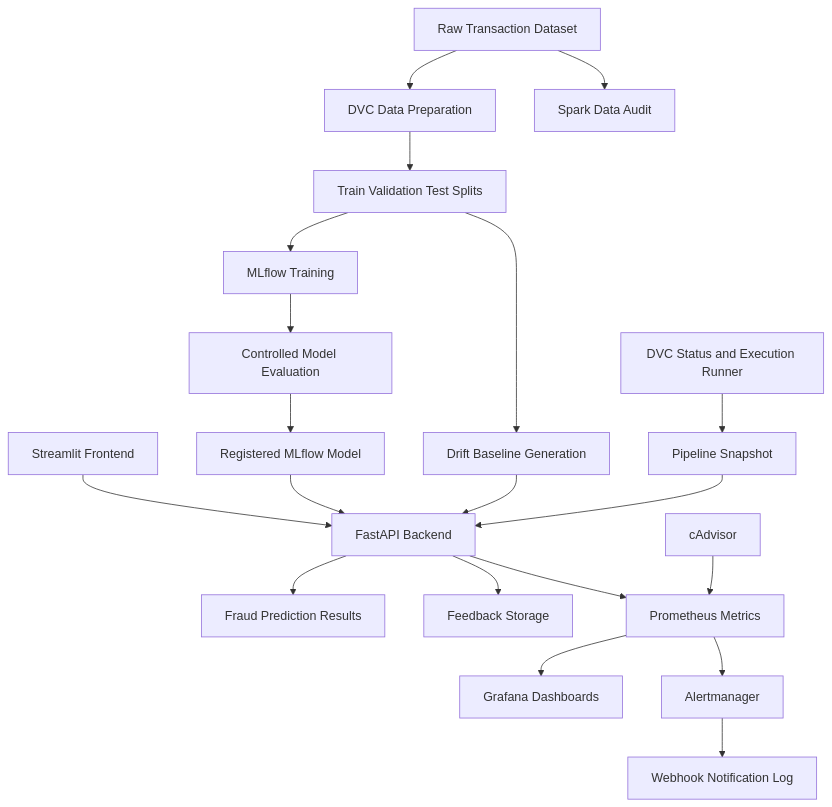
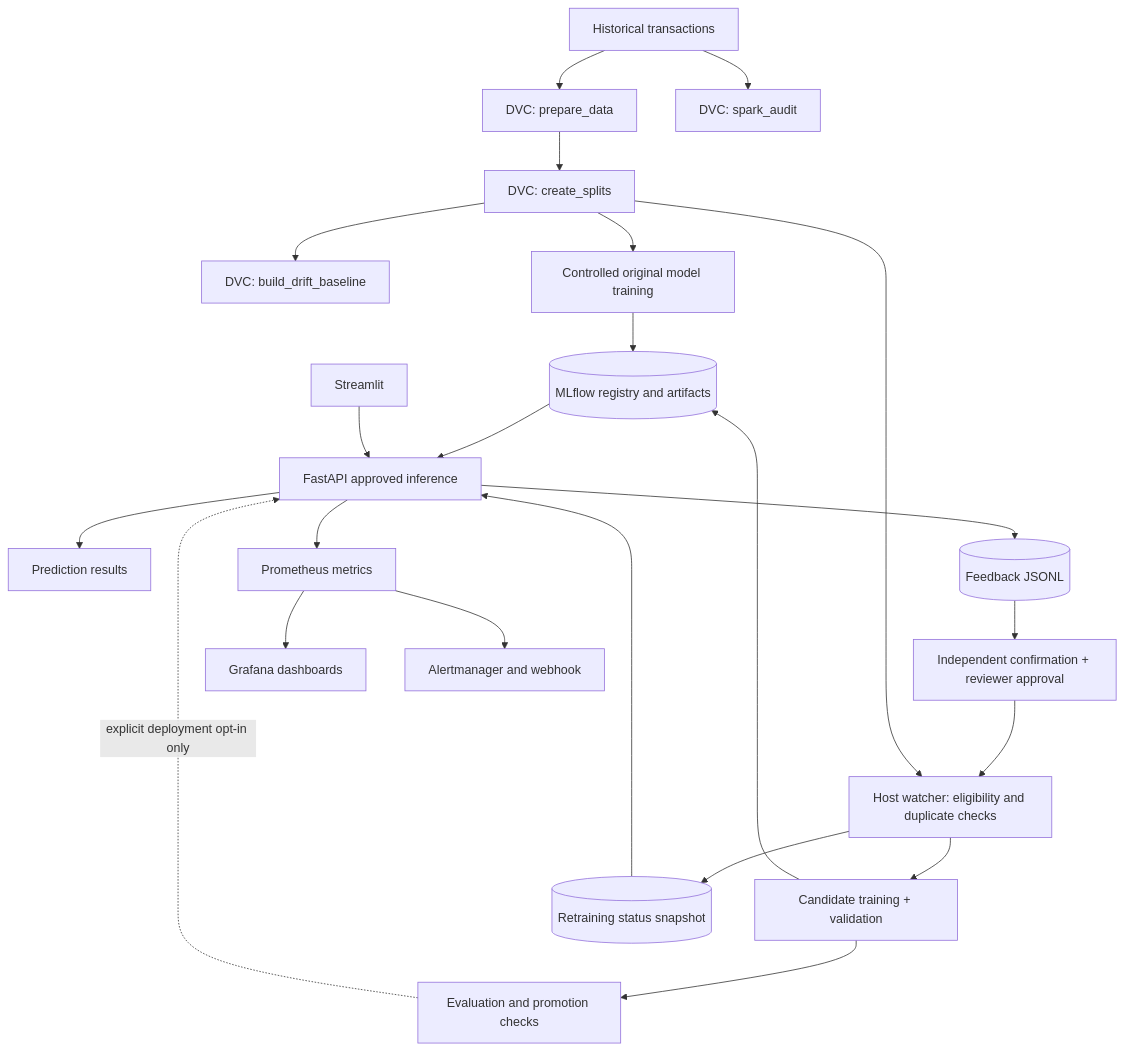
Before and after one commit to keerthi-2007/fraud-risk-monitor: the diagram in docs/01_system_architecture.md, drawn with Mermaid. The commit also changed other lines of this file and 32 other files, not shown here.

Commit message:
Update project documentation and architecture diagrams

````diff
--- a/docs/01_system_architecture.md
+++ b/docs/01_system_architecture.md
@@ -31,26 +32,25 @@
 ```mermaid
 flowchart TD
-    A[Raw Transaction Dataset] --> B[DVC Data Preparation]
-    A --> C[Spark Data Audit]
-    B --> D[Train Validation Test Splits]
-    D --> E[Drift Baseline Generation]
-    D --> F[MLflow Training]
-    F --> G[Controlled Model Evaluation]
-    G --> H[Registered MLflow Model]
-
-    I[Streamlit Frontend] --> J[FastAPI Backend]
-    H --> J
-    E --> J
-
-    J --> K[Fraud Prediction Results]
-    J --> L[Feedback Storage]
-    J --> M[Prometheus Metrics]
-
-    N[cAdvisor] --> M
-    M --> O[Grafana Dashboards]
-    M --> P[Alertmanager]
-    P --> Q[Webhook Notification Log]
-
-    R[DVC Status and Execution Runner] --> S[Pipeline Snapshot]
-    S --> J
+  RAW[Historical transactions] --> PREP[DVC: prepare_data]
+  RAW --> SPARK[DVC: spark_audit]
+  PREP --> SPLIT[DVC: create_splits]
+  SPLIT --> BASE[DVC: build_drift_baseline]
+  SPLIT --> TRAIN[Controlled original model training]
+  TRAIN --> MLFLOW[(MLflow registry and artifacts)]
+  MLFLOW --> API[FastAPI approved inference]
+  UI[Streamlit] --> API
+  API --> RESULT[Prediction results]
+  API --> FB[(Feedback JSONL)]
+  FB --> APPROVE[Independent confirmation + reviewer approval]
+  APPROVE --> WORKER[Host watcher: eligibility and duplicate checks]
+  SPLIT --> WORKER
+  WORKER --> CAND[Candidate training + validation]
+  CAND --> MLFLOW
+  CAND --> GATE[Evaluation and promotion checks]
+  GATE -. explicit deployment opt-in only .-> API
+  WORKER --> STATUS[(Retraining status snapshot)]
+  STATUS --> API
+  API --> PROM[Prometheus metrics]
+  PROM --> GRAF[Grafana dashboards]
+  PROM --> ALERT[Alertmanager and webhook]
 ```
````
